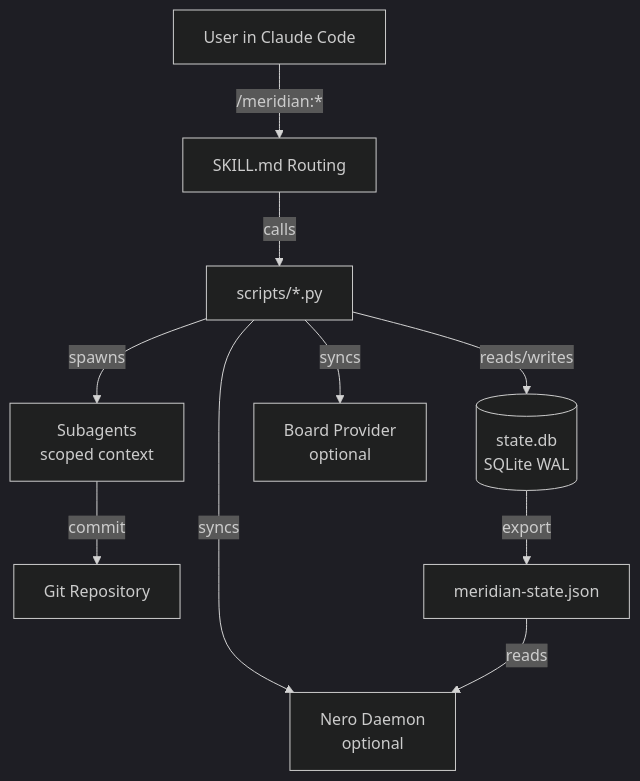
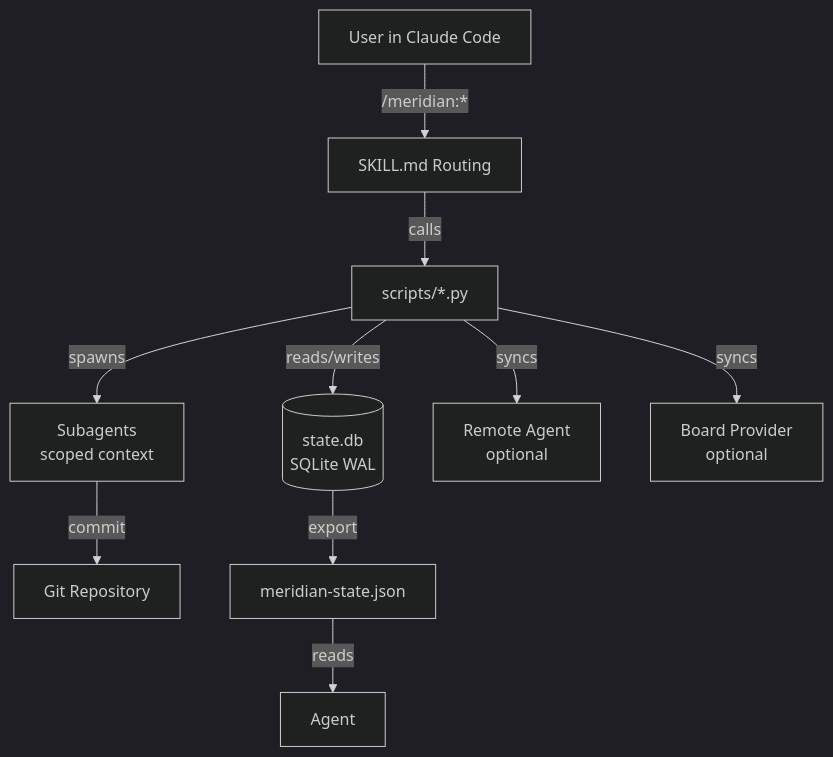
One commit to mattjaikaran/meridian changed the first of 9 diagrams in docs/architecture.md. Above: the diagram before and after it, drawn with Mermaid (dark theme). The commit also changed other lines of this file and 17 other files, not shown here.

First line of the commit message:
refactor: genericize nero references to remote agent dispatch

````diff
--- a/docs/architecture.md
+++ b/docs/architecture.md
@@ -15,12 +15,12 @@
 ```mermaid
 graph TB
     User[User in Claude Code] -->|/meridian:*| Skills[SKILL.md Routing]
     Skills -->|calls| Scripts[scripts/*.py]
     Scripts -->|reads/writes| DB[(state.db<br>SQLite WAL)]
     Scripts -->|spawns| Agents[Subagents<br>scoped context]
-    Scripts -->|syncs| Nero[Nero Daemon<br>optional]
+    Scripts -->|syncs| Nero[Remote Agent<br>optional]
     Scripts -->|syncs| Board[Board Provider<br>optional]
     Agents -->|commit| Git[Git Repository]
     DB -->|export| JSON[meridian-state.json]
-    JSON -->|reads| Nero
+    JSON -->|reads| Agent
 ```
````
